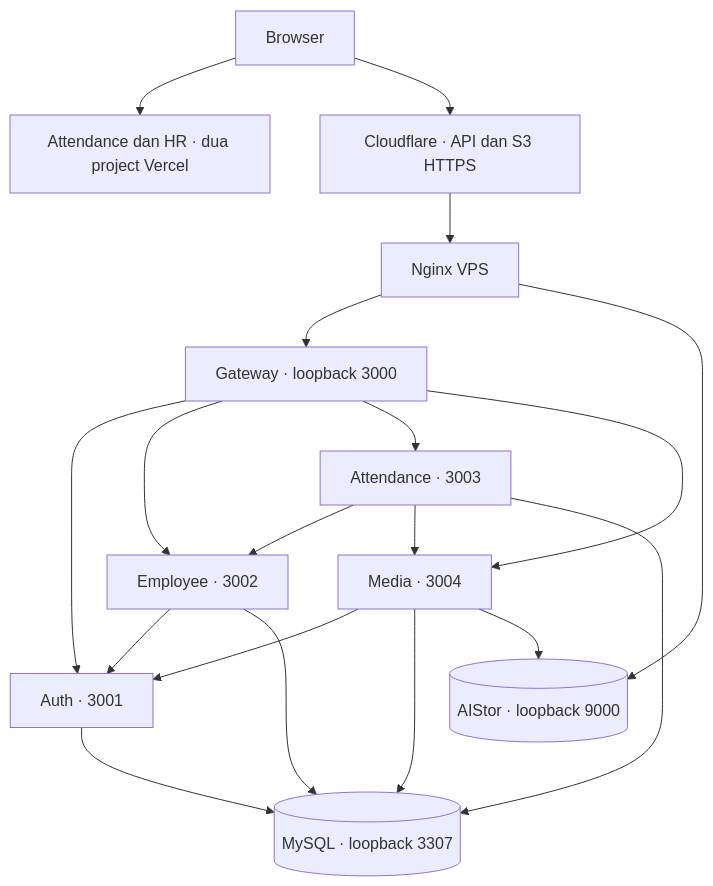
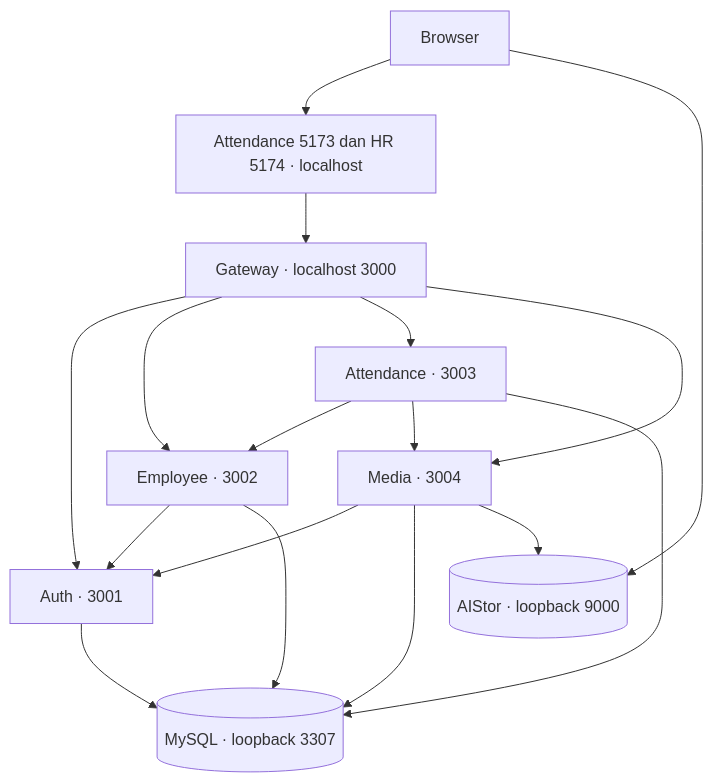
The diagram in docs/architecture.md (annastriw/employee-attendance-system), drawn with Mermaid before and after one commit. The commit also changed other lines of this file and 21 other files, not shown here.

````diff
--- a/docs/architecture.md
+++ b/docs/architecture.md
@@ -15,21 +15,19 @@
 ```mermaid
 flowchart TD
-    User[Browser] --> Vercel[Attendance dan HR · dua project Vercel]
-    User --> CF[Cloudflare · API dan S3 HTTPS]
-    CF --> Nginx[Nginx VPS]
-    Nginx --> Gateway[Gateway · loopback 3000]
+    User[Browser] --> Portals[Attendance 5173 dan HR 5174 · localhost]
+    Portals --> Gateway[Gateway · localhost 3000]
     Gateway --> Auth[Auth · 3001]
     Gateway --> Employee[Employee · 3002]
     Gateway --> Attendance[Attendance · 3003]
     Gateway --> Media[Media · 3004]
     Employee --> Auth
     Attendance --> Employee
     Attendance --> Media
     Media --> Auth
     Employee --> DB[(MySQL · loopback 3307)]
     Auth --> DB
     Attendance --> DB
     Media --> DB
     Media --> S3[(AIStor · loopback 9000)]
-    Nginx --> S3
+    User --> S3
 ```
````
